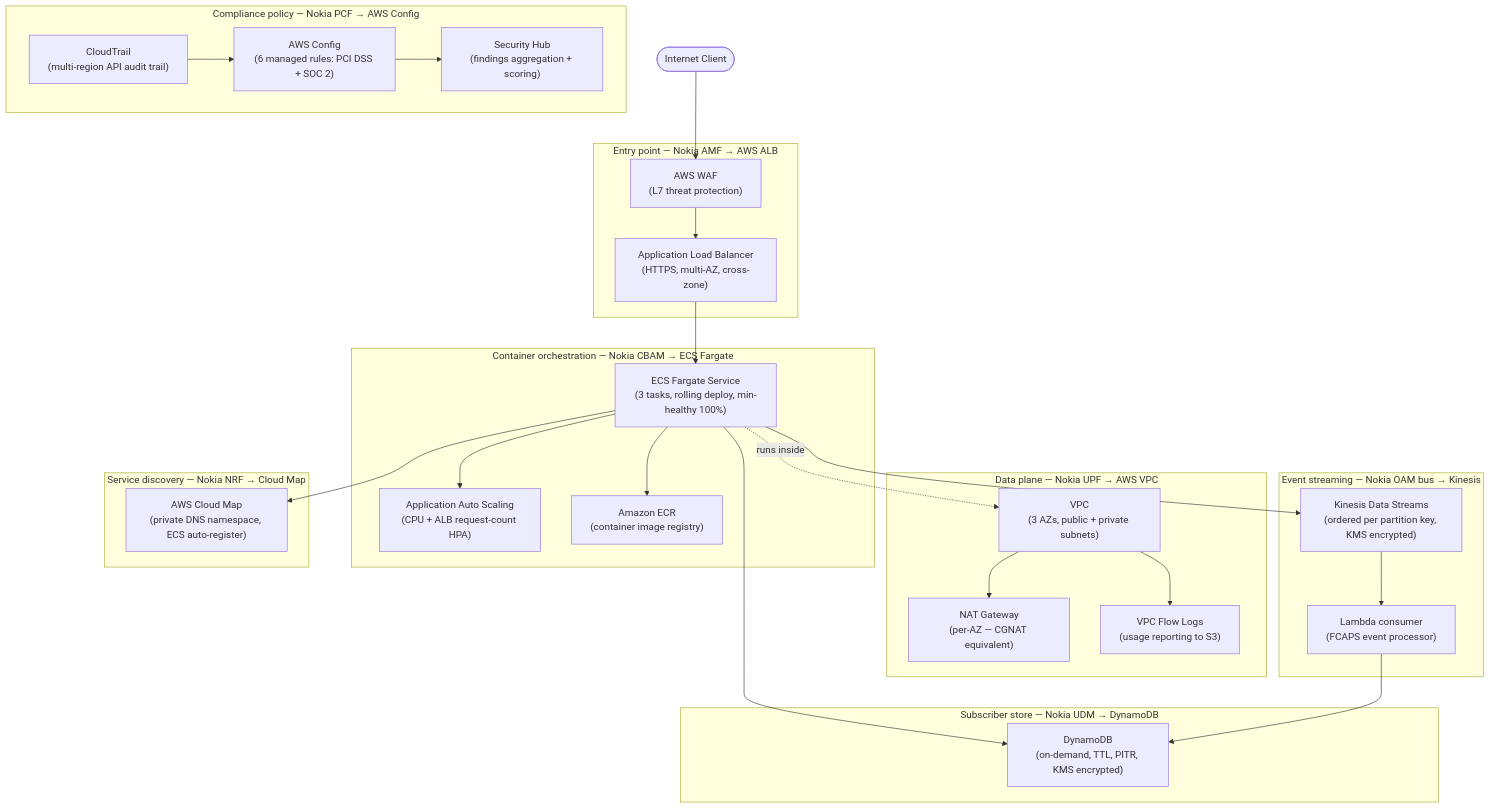
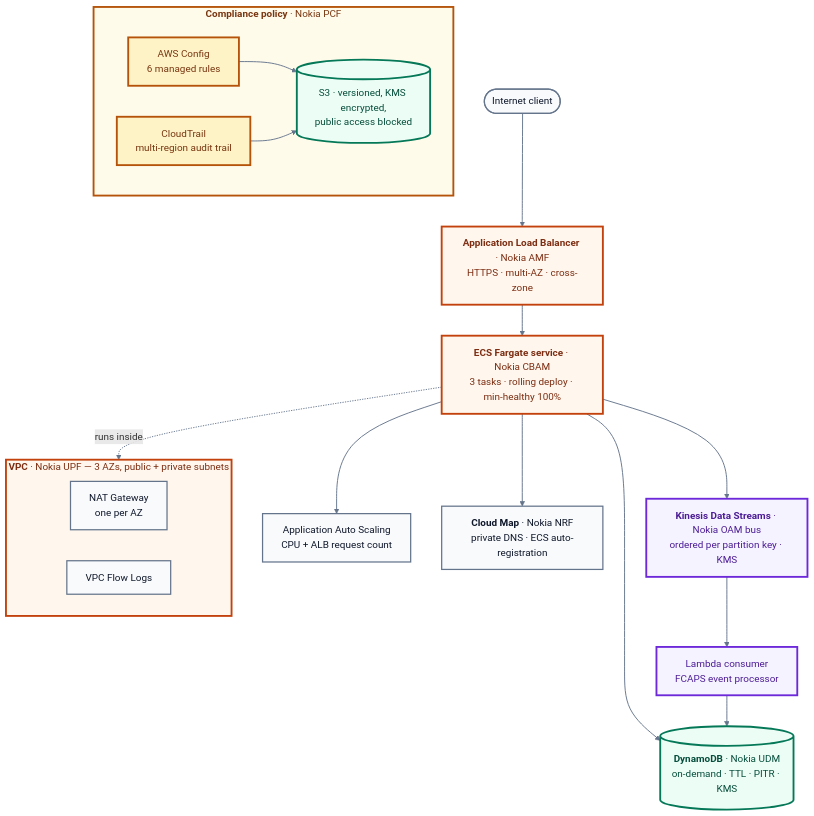
Before and after one commit to sadvi11/nokia-5g-to-aws-migration: the diagram in README.md, drawn with Mermaid. The commit also changed other lines of this file and 2 other files, not shown here.

Commit message:
docs: remove WAF, ECR and Security Hub - the Terraform does not create them
The architecture diagram, the module table and diagrams/ARCHITECTURE.md all
showed AWS WAF, Amazon ECR and Security Hub as deployed components. None of
them exist in terraform/: there is no aws_wafv2_* resource, no
aws_ecr_repository, and no aws_securityhub_* resource. The only 'ECR' strings
in the tree are the word inside 'secret_key', 'kms:Decrypt', and a comment
saying to replace the image later - container_image defaults to nginx:latest.

Checked and kept, because these were right: 3 AZs with per-AZ NAT
(count = length(var.availability_zones), default 3 zones), and exactly 6 AWS
Config managed rules.

The mapping table keeps WAF and API Gateway, because its column is 'AWS
Equivalent' and as a conceptual mapping that is accurate - but it now says so
in a note above the table, so it cannot be read as a deployment manifest.

Also redraws the diagram top-down: it was 2411x1300, which is unreadable on a
phone, and swaps \n for <br/> in labels since \n is not a reliable line break.

````diff
--- a/README.md
+++ b/README.md
@@ -112,55 +112,44 @@
 ```mermaid
-flowchart TB
-  Client(["Internet Client"])
+flowchart TD
+    Client(["Internet client"])
+    ALB["<b>Application Load Balancer</b> · Nokia AMF<br/>HTTPS · multi-AZ · cross-zone"]
+    ECS["<b>ECS Fargate service</b> · Nokia CBAM<br/>3 tasks · rolling deploy · min-healthy 100%"]
+    ASG["Application Auto Scaling<br/>CPU + ALB request count"]
+    Map["<b>Cloud Map</b> · Nokia NRF<br/>private DNS · ECS auto-registration"]
+    DDB[("<b>DynamoDB</b> · Nokia UDM<br/>on-demand · TTL · PITR · KMS")]
+    Kin["<b>Kinesis Data Streams</b> · Nokia OAM bus<br/>ordered per partition key · KMS"]
+    Lam["Lambda consumer<br/>FCAPS event processor"]
 
-  subgraph Entry ["Entry point — Nokia AMF → AWS ALB"]
-    ALB["Application Load Balancer<br/>(HTTPS, multi-AZ, cross-zone)"]
-    WAF["AWS WAF<br/>(L7 threat protection)"]
-  end
+    subgraph VPC["<b>VPC</b> · Nokia UPF — 3 AZs, public + private subnets"]
+        NAT["NAT Gateway<br/>one per AZ"]
+        Flow["VPC Flow Logs"]
+    end
 
-  subgraph DataPlane ["Data plane — Nokia UPF → AWS VPC"]
-    VPC["VPC<br/>(3 AZs, public + private subnets)"]
-    NAT["NAT Gateway<br/>(per-AZ — CGNAT equivalent)"]
-    FlowLogs["VPC Flow Logs<br/>(usage reporting to S3)"]
-  end
+    subgraph GOV["<b>Compliance policy</b> · Nokia PCF"]
+        Cfg["AWS Config<br/>6 managed rules"]
+        CT["CloudTrail<br/>multi-region audit trail"]
+        S3[("S3 · versioned, KMS encrypted,<br/>public access blocked")]
+    end
 
-  subgraph Orchestration ["Container orchestration — Nokia CBAM → ECS Fargate"]
-    ECS["ECS Fargate Service<br/>(3 tasks, rolling deploy, min-healthy 100%)"]
-    ASG["Application Auto Scaling<br/>(CPU + ALB request-count HPA)"]
-    ECR["Amazon ECR<br/>(container image registry)"]
-  end
+    Client --> ALB --> ECS
+    ECS --> ASG
+    ECS --> Map
+    ECS --> DDB
+    ECS --> Kin --> Lam --> DDB
+    ECS -.->|"runs inside"| VPC
+    Cfg --> S3
+    CT --> S3
 
-  subgraph EventBus ["Event streaming — Nokia OAM bus → Kinesis"]
-    Kinesis["Kinesis Data Streams<br/>(ordered per partition key, KMS encrypted)"]
-    Lambda["Lambda consumer<br/>(FCAPS event processor)"]
-  end
-
-  subgraph DataStore ["Subscriber store — Nokia UDM → DynamoDB"]
-    DDB["DynamoDB<br/>(on-demand, TTL, PITR, KMS encrypted)"]
-  end
-
-  subgraph Discovery ["Service discovery — Nokia NRF → Cloud Map"]
-    CloudMap["AWS Cloud Map<br/>(private DNS namespace, ECS auto-register)"]
-  end
-
-  subgraph Policy ["Compliance policy — Nokia PCF → AWS Config"]
-    Config["AWS Config<br/>(6 managed rules: PCI DSS + SOC 2)"]
-    CloudTrail["CloudTrail<br/>(multi-region API audit trail)"]
-    SecHub["Security Hub<br/>(findings aggregation + scoring)"]
-  end
-
-  Client --> WAF --> ALB
-  ALB --> ECS
-  ECS --> ECR
-  ECS --> ASG
-  ECS --> DDB
-  ECS --> Kinesis
-  ECS --> CloudMap
-  Kinesis --> Lambda
-  Lambda --> DDB
-  VPC --> NAT
-  VPC --> FlowLogs
-  ECS -.->|"runs inside"| VPC
-  Config --> SecHub
-  CloudTrail --> Config
+    linkStyle default stroke:#64748b,stroke-width:1.5px
+    classDef default fill:#f8fafc,stroke:#64748b,stroke-width:2px,color:#0f172a
+    classDef aws   fill:#fff7ed,stroke:#c2410c,stroke-width:3px,color:#7c2d12
+    classDef ci    fill:#f5f3ff,stroke:#6d28d9,stroke-width:3px,color:#4c1d95
+    classDef data  fill:#ecfdf5,stroke:#047857,stroke-width:3px,color:#064e3b
+    classDef warn  fill:#fef3c7,stroke:#b45309,stroke-width:3px,color:#78350f
+    class ALB,ECS aws
+    class DDB,S3 data
+    class Kin,Lam ci
+    class Cfg,CT warn
+    style VPC fill:#fff7ed,stroke:#c2410c,stroke-width:3px,color:#7c2d12
+    style GOV fill:#fffbeb,stroke:#b45309,stroke-width:3px,color:#78350f
 ```
````
